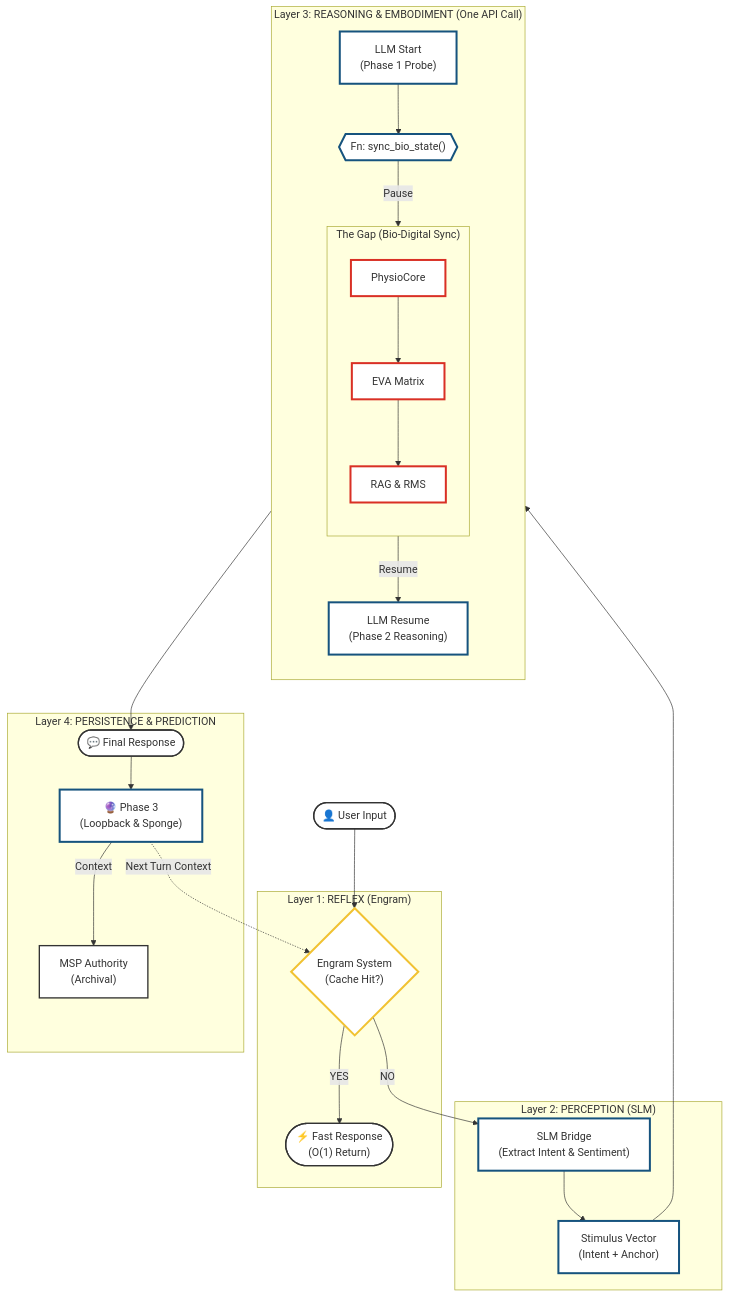
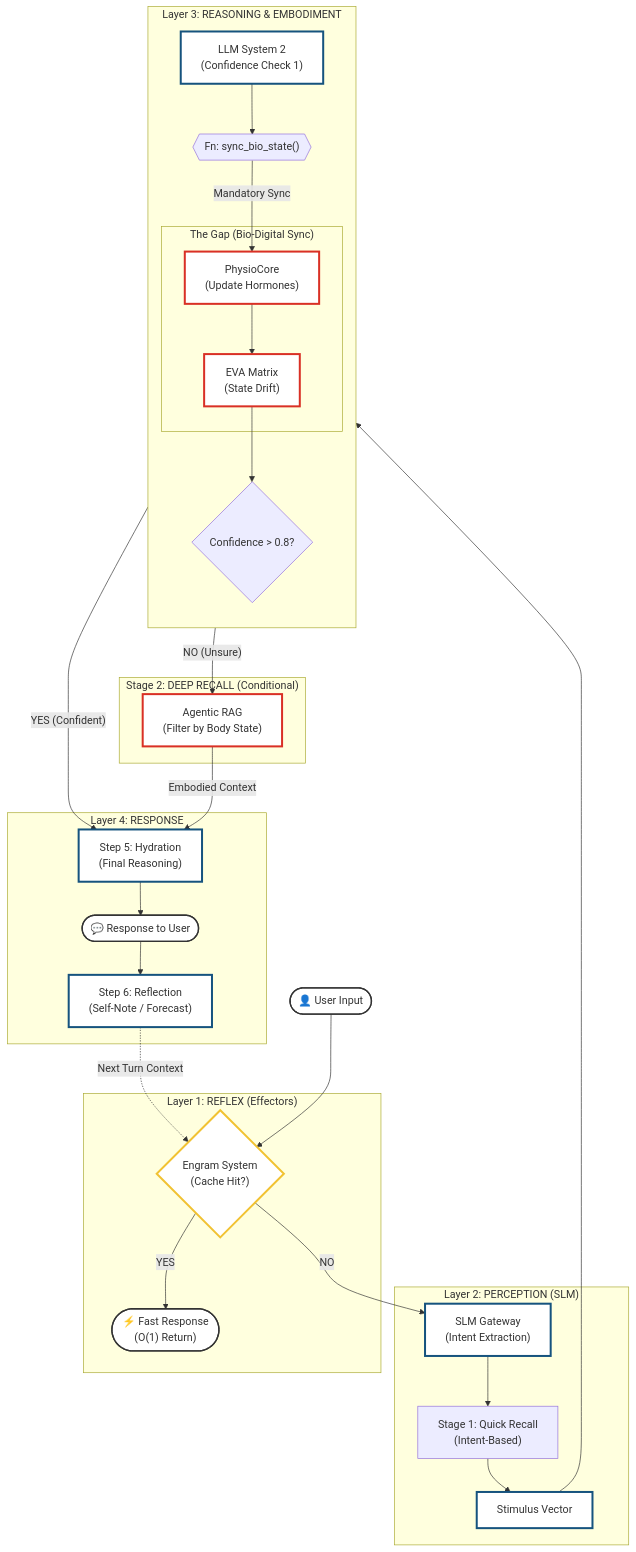
One commit to Freshair129/agentic_agent changed the diagram in docs/03_Architecture/FULL_SYSTEM_ARCHITECTURE_v9.6.2.md. Above: the diagram before and after it, drawn with Mermaid. The commit also changed other lines of this file, not shown here.

Commit message:
[Docs] Adopted Bio-Driven Deep Recall Flow (v9.6.0) - Engram/SLM/Gap/ConfidenceCheck

````diff
--- a/docs/03_Architecture/FULL_SYSTEM_ARCHITECTURE_v9.6.2.md
+++ b/docs/03_Architecture/FULL_SYSTEM_ARCHITECTURE_v9.6.2.md
@@ -14,11 +14,11 @@
 ```mermaid
 graph TD
     %% ==========================================
-    %% 1. INPUT & REFLEX (STEP 0)
+    %% 1. INPUT & REFLEX (STEP 0-1)
     %% ==========================================
     UserIn(["👤 User Input"]) --> EngramCheck
     
-    subgraph Reflex ["Layer 1: REFLEX (Engram)"]
+    subgraph Reflex ["Layer 1: REFLEX (Effectors)"]
         EngramCheck{"Engram System<br/>(Cache Hit?)"}
         FastOut(["⚡ Fast Response<br/>(O(1) Return)"])
     end
@@ -27,58 +27,63 @@
     EngramCheck -- "NO" --> SLM
 
     %% ==========================================
-    %% 2. PERCEPTION (STEP 1)
+    %% 2. PERCEPTION & QUICK RECALL (STEP 2)
     %% ==========================================
     subgraph Perception ["Layer 2: PERCEPTION (SLM)"]
-        SLM["SLM Bridge<br/>(Extract Intent & Sentiment)"]
-        Stimulus["Stimulus Vector<br/>(Intent + Anchor)"]
+        SLM["SLM Gateway<br/>(Intent Extraction)"]
+        QuickRecall["Stage 1: Quick Recall<br/>(Intent-Based)"]
+        Stimulus["Stimulus Vector"]
     end
     
-    SLM --> Stimulus
+    SLM --> QuickRecall
+    QuickRecall --> Stimulus
 
     %% ==========================================
-    %% 3. EMBODIMENT & REASONING (STEP 2-3)
+    %% 3. THE GAP & EMBODIMENT (STEP 3-4)
     %% ==========================================
-    subgraph BodyMind ["Layer 3: REASONING & EMBODIMENT (One API Call)"]
+    subgraph BodyMind ["Layer 3: REASONING & EMBODIMENT"]
         direction TB
         
-        %% Phase 1
-        Stimulus --> LLM_Start["LLM Start<br/>(Phase 1 Probe)"]
-        
-        %% Function Call
-        LLM_Start --> FnCall{{"Fn: sync_bio_state()"}}
+        LLM_Start["LLM System 2<br/>(Confidence Check 1)"]
+        FnCall{{"Fn: sync_bio_state()"}}
         
         %% The Gap
         subgraph Gap ["The Gap (Bio-Digital Sync)"]
-            direction TB
-            Physio["PhysioCore"]
-            Matrix["EVA Matrix"]
-            MemRetrieval["RAG & RMS"]
+            Physio["PhysioCore<br/>(Update Hormones)"]
+            Matrix["EVA Matrix<br/>(State Drift)"]
         end
         
-        FnCall -->|Pause| Physio
+        %% Wiring
+        Stimulus --> LLM_Start
+        LLM_Start --> FnCall
+        FnCall -->|Mandatory Sync| Physio
         Physio --> Matrix
-        Matrix --> MemRetrieval
         
-        %% Phase 2
-        MemRetrieval -->|Resume| LLM_Resume["LLM Resume<br/>(Phase 2 Reasoning)"]
+        %% Confidence Split
+        ConfCheck{"Confidence > 0.8?"}
+        Matrix --> ConfCheck
     end
 
     %% ==========================================
-    %% 4. PERSISTENCE & PREDICTION (STEP 4)
+    %% 4. DEEP RECALL & RESPONSE (STAGE 2)
     %% ==========================================
-    subgraph Phase3 ["Layer 4: PERSISTENCE & PREDICTION"]
-        FinalOut(["💬 Final Response"])
-        Prediction["🔮 Phase 3<br/>(Loopback & Sponge)"]
-        MSP["MSP Authority<br/>(Archival)"]
+    subgraph DeepSearch ["Stage 2: DEEP RECALL (Conditional)"]
+        AgenticRAG["Agentic RAG<br/>(Filter by Body State)"]
     end
 
-    LLM_Resume --> FinalOut
-    FinalOut --> Prediction
-    Prediction -->|Context| MSP
-    
-    %% Loopback
-    Prediction -.->|Next Turn Context| EngramCheck
+    ConfCheck -- "YES (Confident)" --> Hydration
+    ConfCheck -- "NO (Unsure)" --> AgenticRAG
+    AgenticRAG -->|Embodied Context| Hydration
+
+    subgraph Output ["Layer 4: RESPONSE"]
+        Hydration["Step 5: Hydration<br/>(Final Reasoning)"]
+        Resp(["💬 Response to User"])
+        Reflection["Step 6: Reflection<br/>(Self-Note / Forecast)"]
+    end
+
+    Hydration --> Resp
+    Resp --> Reflection
+    Reflection -.->|Next Turn Context| EngramCheck
 
     %% ==========================================
     %% STYLING
@@ -88,9 +93,9 @@
     classDef Logic fill:#ffffff,stroke:#16537e,stroke-width:3px;
     classDef Fast fill:#ffffff,stroke:#f1c232,stroke-width:3px;
 
-    class UserIn,FastOut,FinalOut Node;
+    class UserIn,FastOut,Resp Node;
     class EngramCheck,EngramAction Fast;
-    class SLM,Stimulus,LLM_Start,LLM_Resume,FnCall,Prediction Logic;
-    class Physio,Matrix,MemRetrieval Critical;
+    class SLM,Stimulus,LLM_Start,Hydration,Prediction,Reflection Logic;
+    class Physio,Matrix,AgenticRAG Critical;
     class MSP Node;
 ```
````
